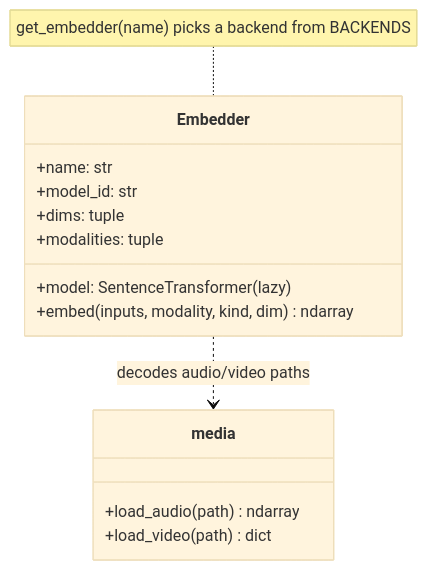
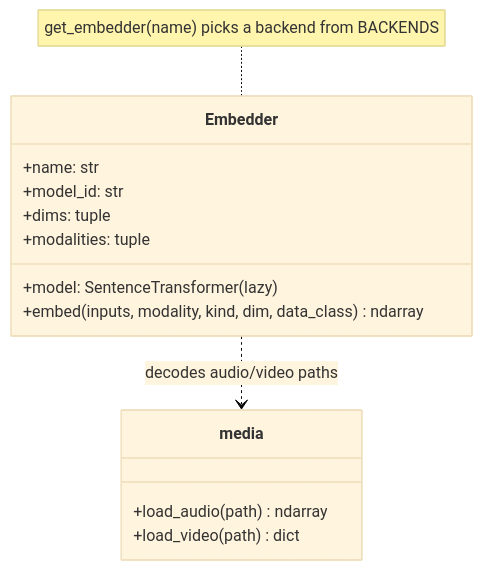
Before and after one commit to teamworxAI/campus-ai: the first of 4 diagrams in docs/design.md, drawn with Mermaid (base theme). The commit also changed other lines of this file and 4 other files, not shown here.

````diff
--- a/docs/design.md
+++ b/docs/design.md
@@ -29,17 +30,17 @@
 ```mermaid
 classDiagram
     class Embedder {
         +name: str
         +model_id: str
         +dims: tuple
         +modalities: tuple
         +model: SentenceTransformer (lazy)
-        +embed(inputs, modality, kind, dim) ndarray
+        +embed(inputs, modality, kind, dim, data_class) ndarray
     }
     class media {
         +load_audio(path) ndarray
         +load_video(path) dict
     }
     Embedder ..> media : decodes audio/video paths
     note for Embedder "get_embedder(name) picks a backend from BACKENDS"
 ```
````
